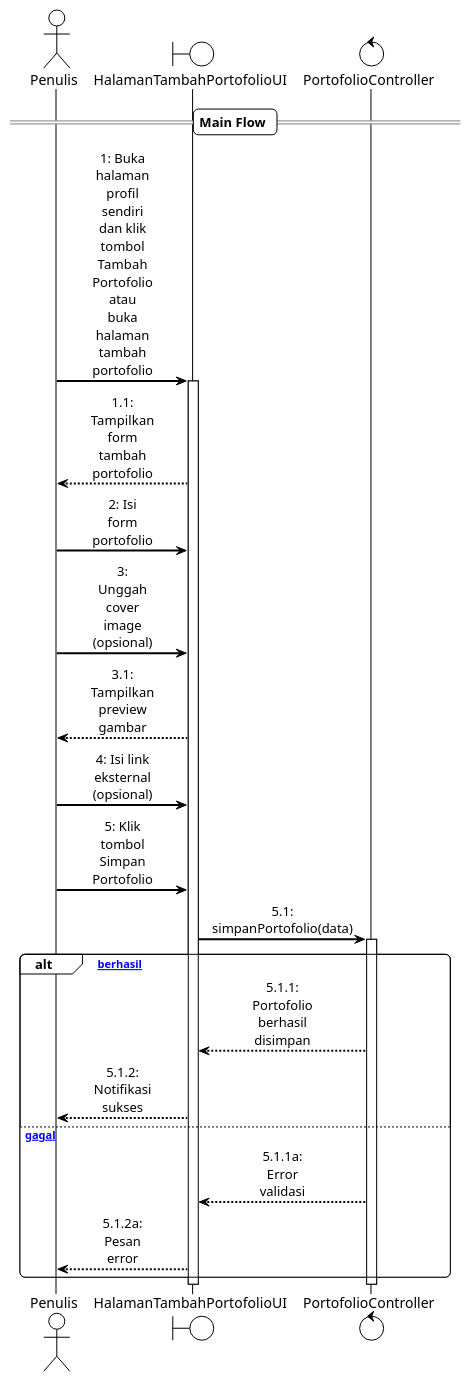
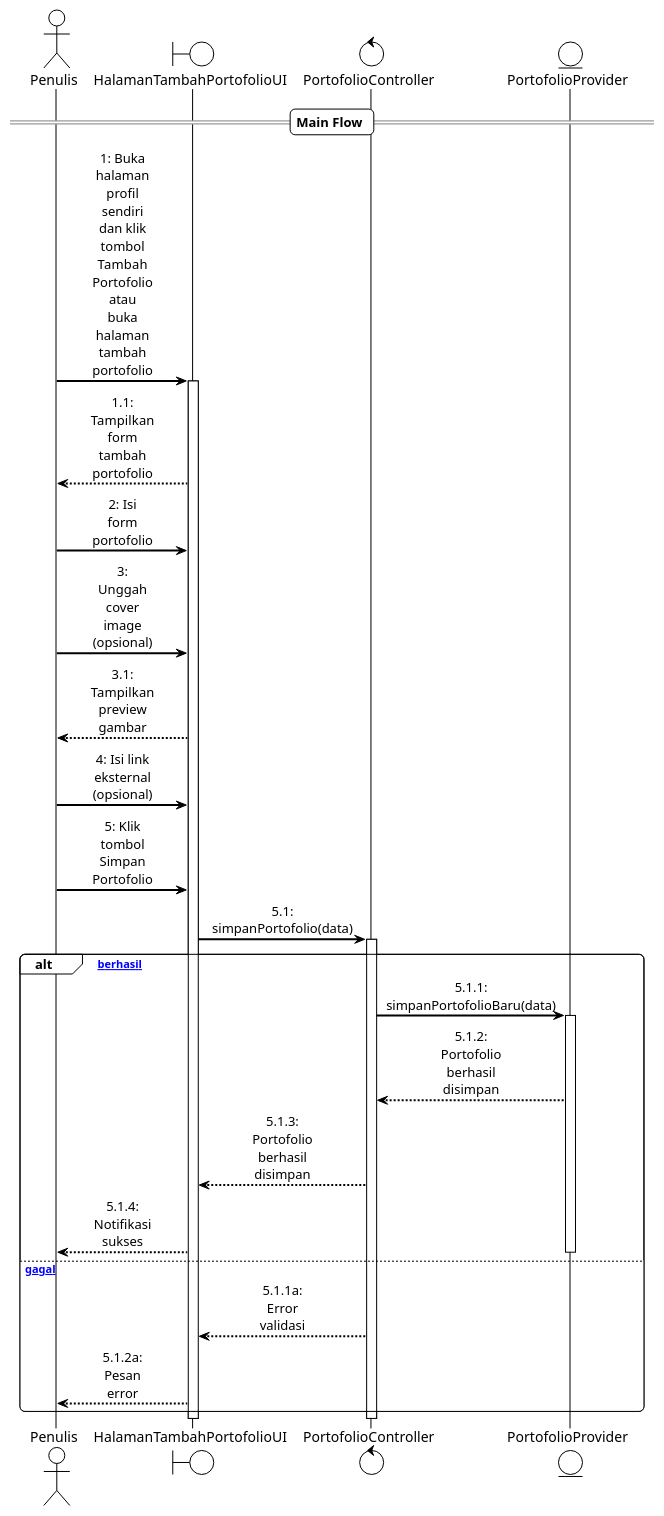
Before and after one commit to habstrakT808/PABERLAND---Platform-penulis-indonesia: the diagram in docs/diagrams/sequence/Sequence_Diagram_Tambah_Portofolio.puml, drawn with PlantUML. The commit also changed 31 other files, not shown here.

Commit message:
Perbaikan performa: optimasi search API dan halaman kategori - Fix search API timeout dengan menghapus pencarian di kolom content - Optimasi halaman kategori dengan parallel queries - Perbaikan error handling untuk empty error objects - Update dokumentasi dan diagram

```diff
--- a/docs/diagrams/sequence/Sequence_Diagram_Tambah_Portofolio.puml
+++ b/docs/diagrams/sequence/Sequence_Diagram_Tambah_Portofolio.puml
@@ -1,37 +1,42 @@
 @startuml
 !theme plain
 skinparam sequenceMessageAlign center
 skinparam sequenceArrowThickness 2
 skinparam roundcorner 10
 skinparam maxmessagesize 60
 
 actor Penulis as User
 boundary HalamanTambahPortofolioUI as PortofolioUI
 control PortofolioController as Controller
+entity PortofolioProvider as Portofolio
 
 == Main Flow ==
 
 User -> PortofolioUI : 1: Buka halaman profil sendiri dan klik tombol Tambah Portofolio atau buka halaman tambah portofolio
 activate PortofolioUI
 PortofolioUI --> User : 1.1: Tampilkan form tambah portofolio
 
 User -> PortofolioUI : 2: Isi form portofolio
 User -> PortofolioUI : 3: Unggah cover image (opsional)
 PortofolioUI --> User : 3.1: Tampilkan preview gambar
 User -> PortofolioUI : 4: Isi link eksternal (opsional)
 User -> PortofolioUI : 5: Klik tombol Simpan Portofolio
 PortofolioUI -> Controller : 5.1: simpanPortofolio(data)
 activate Controller
 
 alt [Validasi berhasil]
-    Controller --> PortofolioUI : 5.1.1: Portofolio berhasil disimpan
-    PortofolioUI --> User : 5.1.2: Notifikasi sukses
+    Controller -> Portofolio : 5.1.1: simpanPortofolioBaru(data)
+    activate Portofolio
+    Portofolio --> Controller : 5.1.2: Portofolio berhasil disimpan
+    Controller --> PortofolioUI : 5.1.3: Portofolio berhasil disimpan
+    PortofolioUI --> User : 5.1.4: Notifikasi sukses
+    deactivate Portofolio
 else [Validasi gagal]
     Controller --> PortofolioUI : 5.1.1a: Error validasi
     PortofolioUI --> User : 5.1.2a: Pesan error
 end
 
 deactivate Controller
 deactivate PortofolioUI
 
 @enduml
```
